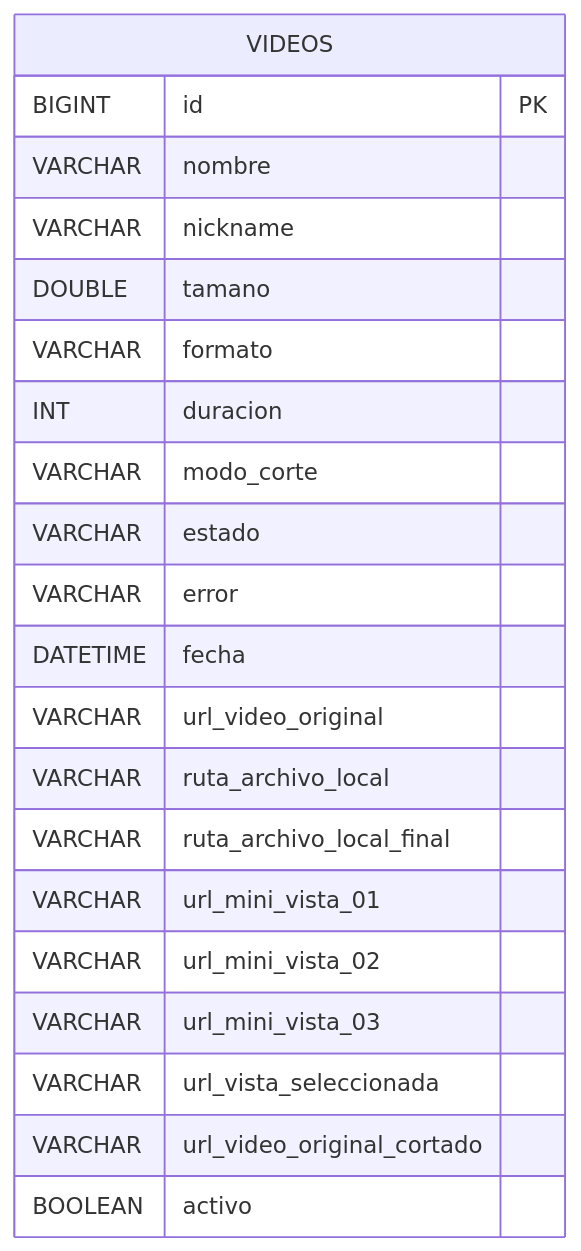
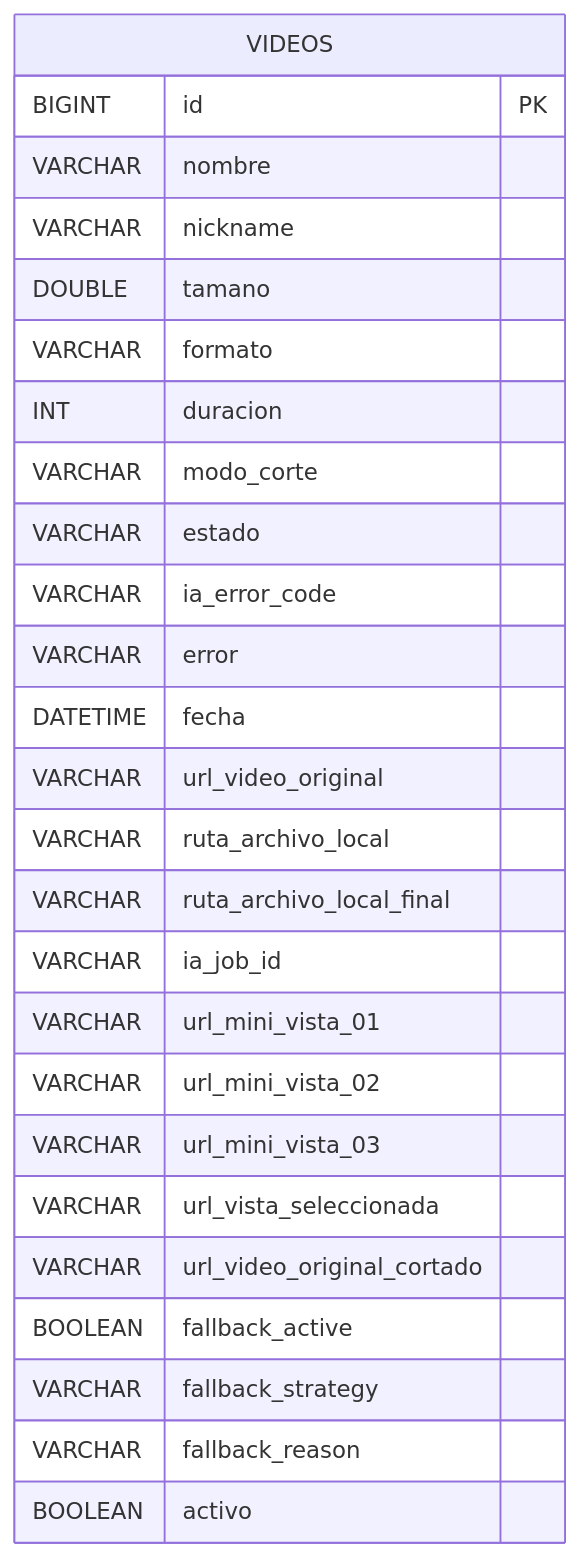
One commit to scalevision-org/scalevision changed the diagram in backend/docs/H2_DATABASE.md. Above: the diagram before and after it, drawn with Mermaid. The commit also changed other lines of this file and 2 other files, not shown here.

Commit message:
docs(be): actualizar contrato y flujo real BE-IA fase1/fase2

````diff
--- a/backend/docs/H2_DATABASE.md
+++ b/backend/docs/H2_DATABASE.md
@@ -5,24 +5,29 @@
 ```mermaid
 erDiagram
     VIDEOS {
         BIGINT id PK
         VARCHAR nombre
         VARCHAR nickname
         DOUBLE tamano
         VARCHAR formato
         INT duracion
         VARCHAR modo_corte
         VARCHAR estado
+        VARCHAR ia_error_code
         VARCHAR error
         DATETIME fecha
         VARCHAR url_video_original
         VARCHAR ruta_archivo_local
         VARCHAR ruta_archivo_local_final
+        VARCHAR ia_job_id
         VARCHAR url_mini_vista_01
         VARCHAR url_mini_vista_02
         VARCHAR url_mini_vista_03
         VARCHAR url_vista_seleccionada
         VARCHAR url_video_original_cortado
+        BOOLEAN fallback_active
+        VARCHAR fallback_strategy
+        VARCHAR fallback_reason
         BOOLEAN activo
     }
 ```
````
